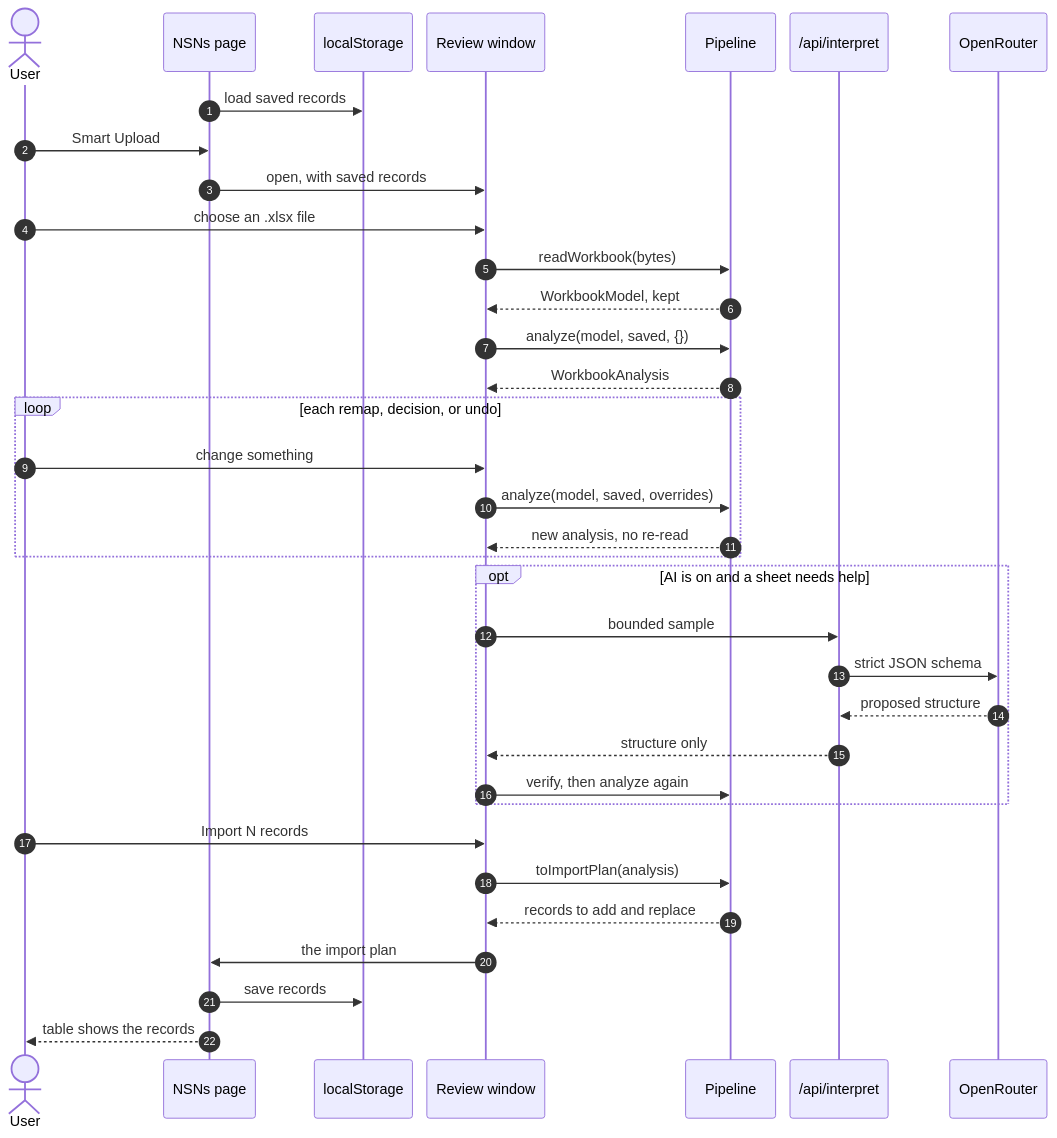
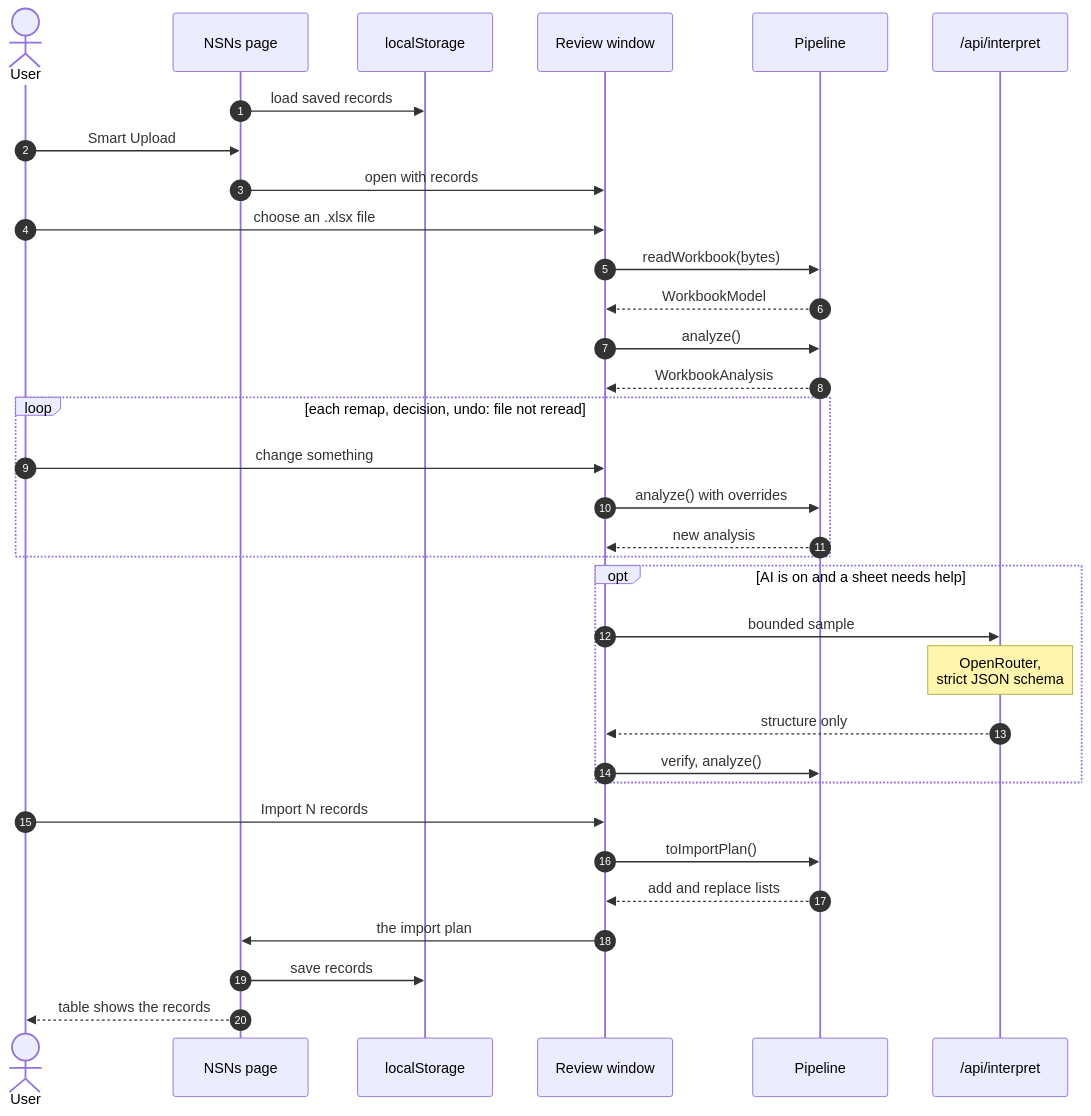
The second of 2 diagrams in docs/ARCHITECTURE.md (PakmanGames/nsn-upload), drawn with Mermaid before and after one commit.

Commit message:
docs: use portable Mermaid syntax in the session diagram

````diff
--- a/docs/ARCHITECTURE.md
+++ b/docs/ARCHITECTURE.md
@@ -102,39 +102,36 @@
 ```mermaid
-%%{init: {"sequence": {"width": 100, "actorMargin": 16, "messageMargin": 30}}}%%
 sequenceDiagram
     autonumber
     actor U as User
     participant P as NSNs page
     participant S as localStorage
     participant W as Review window
     participant E as Pipeline
     participant R as /api/interpret
-    participant O as OpenRouter
 
     P->>S: load saved records
     U->>P: Smart Upload
-    P->>W: open, with saved records
+    P->>W: open with records
     U->>W: choose an .xlsx file
     W->>E: readWorkbook(bytes)
-    E-->>W: WorkbookModel, kept
-    W->>E: analyze(model, saved, {})
+    E-->>W: WorkbookModel
+    W->>E: analyze()
     E-->>W: WorkbookAnalysis
-    loop each remap, decision, or undo
+    loop each remap, decision, undo: file not reread
         U->>W: change something
-        W->>E: analyze(model, saved, overrides)
-        E-->>W: new analysis, no re-read
+        W->>E: analyze() with overrides
+        E-->>W: new analysis
     end
     opt AI is on and a sheet needs help
         W->>R: bounded sample
-        R->>O: strict JSON schema
-        O-->>R: proposed structure
+        Note over R: OpenRouter,<br/>strict JSON schema
         R-->>W: structure only
-        W->>E: verify, then analyze again
+        W->>E: verify, analyze()
     end
     U->>W: Import N records
-    W->>E: toImportPlan(analysis)
-    E-->>W: records to add and replace
+    W->>E: toImportPlan()
+    E-->>W: add and replace lists
     W->>P: the import plan
     P->>S: save records
     P-->>U: table shows the records
 ```
````
